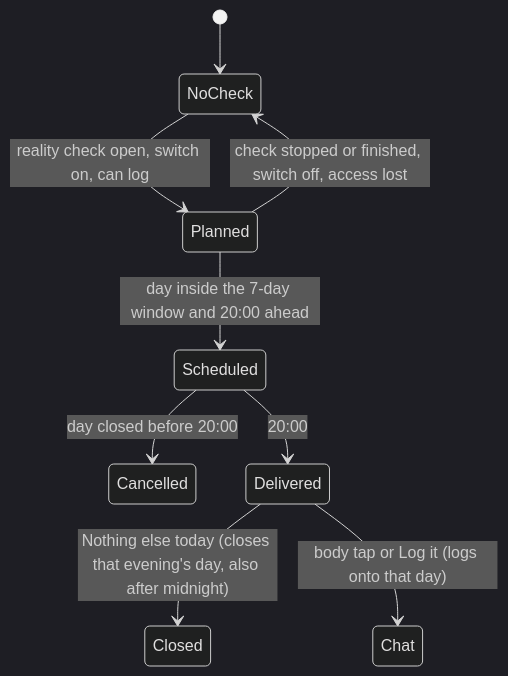
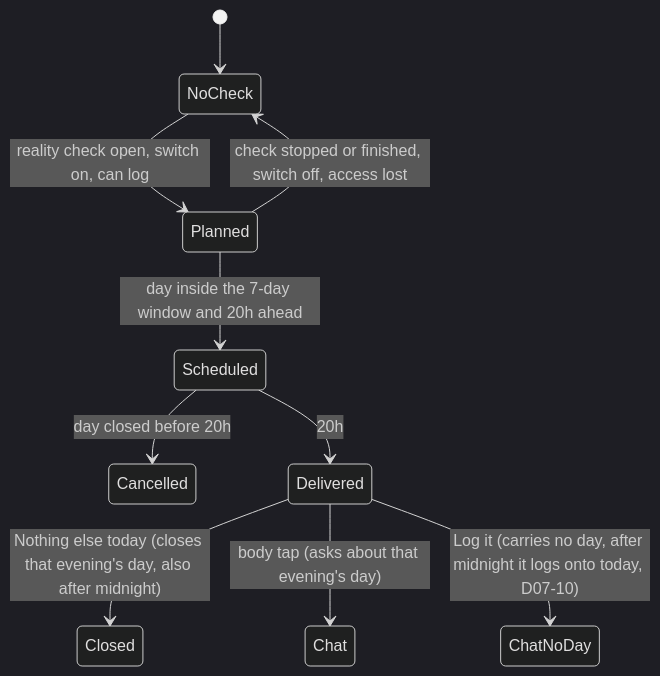
The fifth of 5 diagrams in docs/product/flows/07-food-log-day.md (evandroviskis/dosetrace), drawn with Mermaid (dark theme) before and after one commit. The commit also changed other lines of this file and 28 other files, not shown here.

Commit message:
docs/product: verification round 1 corrections applied to PRD, TRD, dossiers, flows, registers and the Portuguese questions (21 OPEN, 54 AD, 65 DL, 218 DV); all 105 diagrams parse

````diff
--- a/docs/product/flows/07-food-log-day.md
+++ b/docs/product/flows/07-food-log-day.md
@@ -135,11 +135,12 @@
 ```mermaid
 stateDiagram-v2
     [*] --> NoCheck
     NoCheck --> Planned: reality check open, switch on, can log
-    Planned --> Scheduled: day inside the 7-day window and 20:00 ahead
-    Scheduled --> Cancelled: day closed before 20:00
-    Scheduled --> Delivered: 20:00
+    Planned --> Scheduled: day inside the 7-day window and 20h ahead
+    Scheduled --> Cancelled: day closed before 20h
+    Scheduled --> Delivered: 20h
     Delivered --> Closed: Nothing else today (closes that evening's day, also after midnight)
-    Delivered --> Chat: body tap or Log it (logs onto that day)
+    Delivered --> Chat: body tap (asks about that evening's day)
+    Delivered --> ChatNoDay: Log it (carries no day, after midnight it logs onto today, D07-10)
     Planned --> NoCheck: check stopped or finished, switch off, access lost
 ```
````
